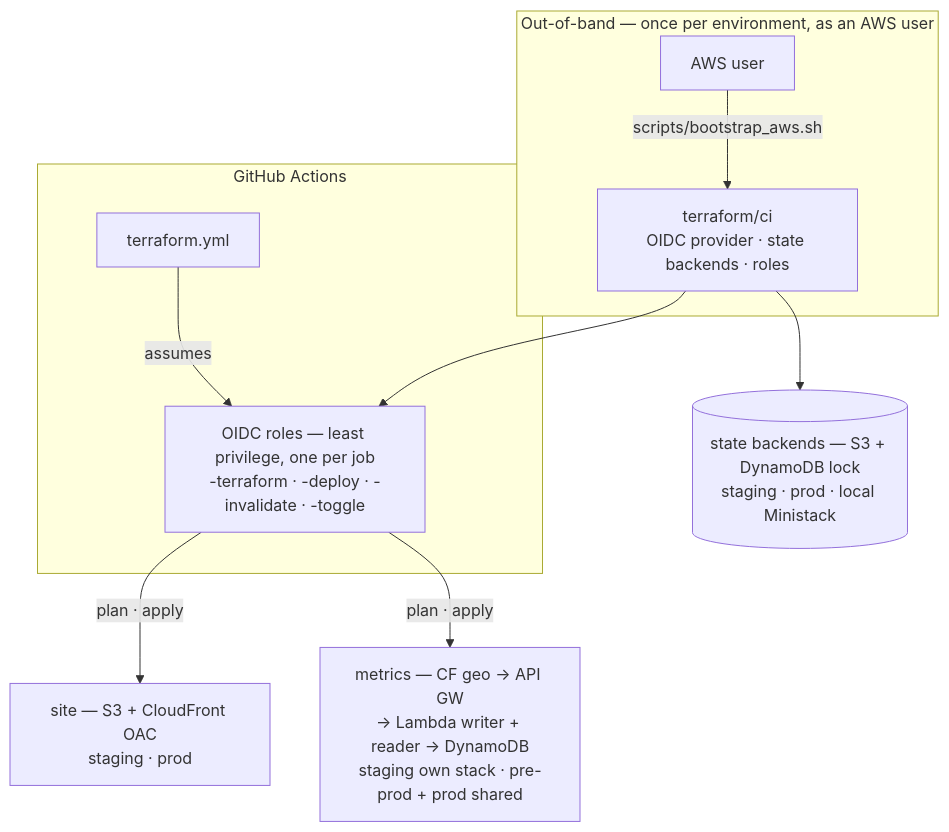
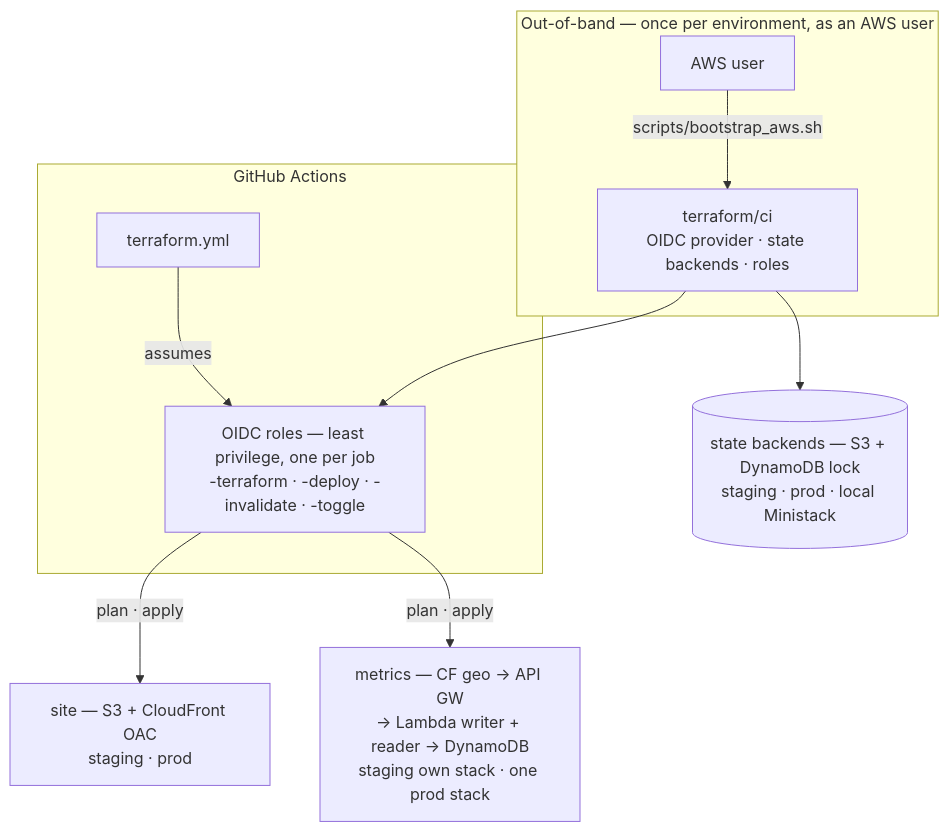
One commit to mathewmusango/my-portfolio changed the diagram in terraform/README.md. Above: the diagram before and after it, drawn with Mermaid. The commit also changed other lines of this file and 16 other files, not shown here.

First line of the commit message:
ci: one deploy workflow for staging + prod, both prod planes gated (#57) (#70)

````diff
--- a/terraform/README.md
+++ b/terraform/README.md
@@ -11,13 +11,13 @@
 ```mermaid
 flowchart TB
     subgraph OOB[Out-of-band — once per environment, as an AWS user]
         U[AWS user] -->|scripts/bootstrap_aws.sh| CI[terraform/ci<br/>OIDC provider · state backends · roles]
     end
     CI --> STATE[(state backends — S3 + DynamoDB lock<br/>staging · prod · local Ministack)]
     CI --> ROLES[OIDC roles — least privilege, one per job<br/>-terraform · -deploy · -invalidate · -toggle]
     subgraph GHA[GitHub Actions]
         WF[terraform.yml] -->|assumes| ROLES
     end
     ROLES -->|plan · apply| SITE[site — S3 + CloudFront OAC<br/>staging · prod]
-    ROLES -->|plan · apply| MET[metrics — CF geo → API GW<br/>→ Lambda writer + reader → DynamoDB<br/>staging own stack · pre-prod + prod shared]
+    ROLES -->|plan · apply| MET[metrics — CF geo → API GW<br/>→ Lambda writer + reader → DynamoDB<br/>staging own stack · one prod stack]
 ```
````
